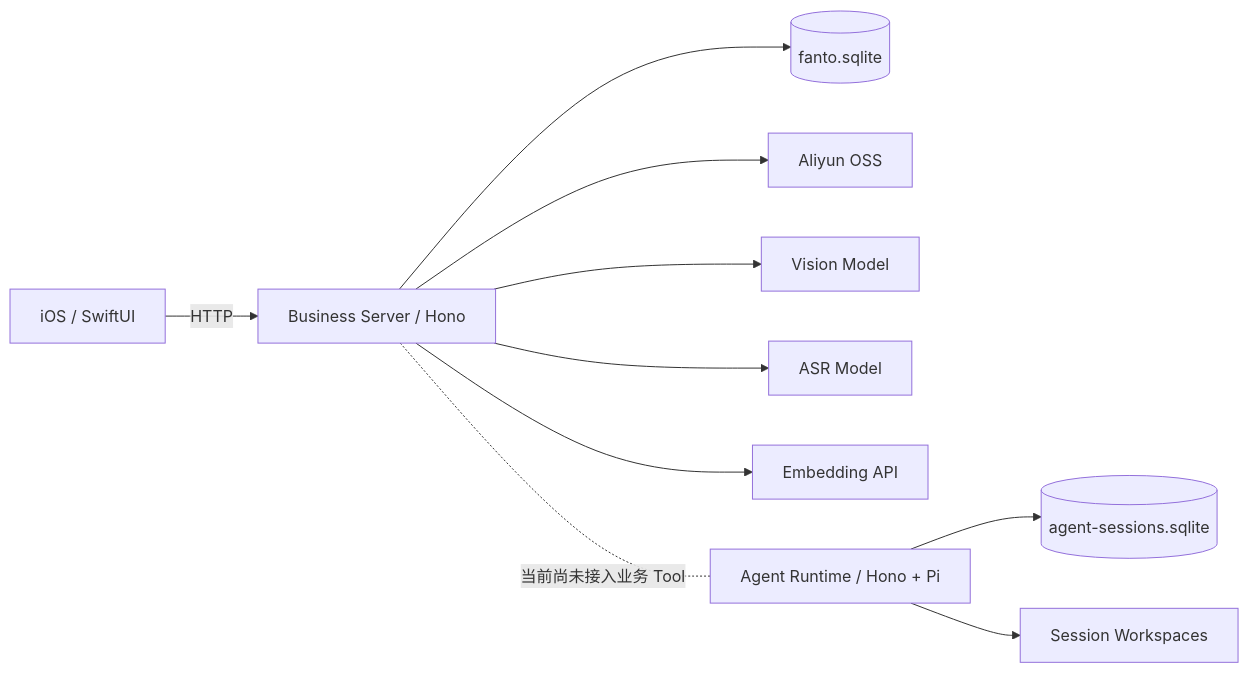
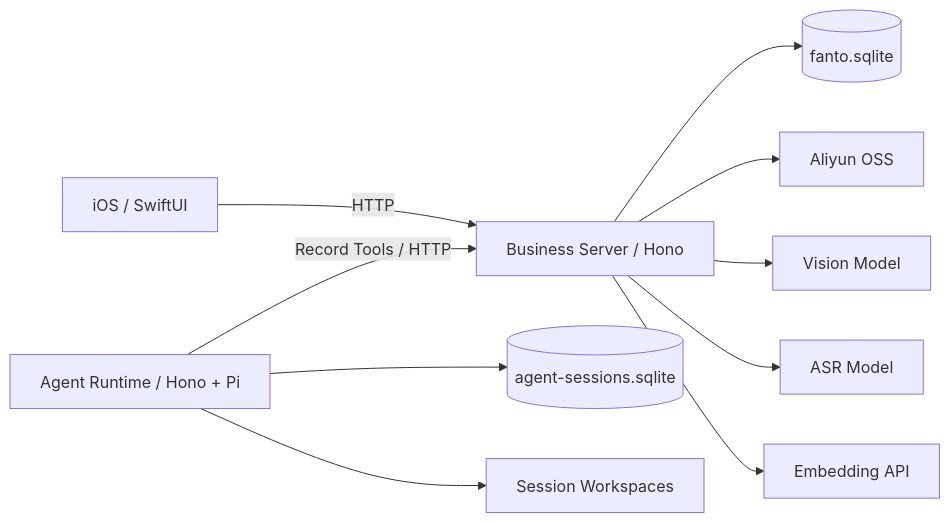
The diagram in docs/architecture/overview.md (huiru-wang/fanto), drawn with Mermaid before and after one commit. The commit also changed other lines of this file and 14 other files, not shown here.

````diff
--- a/docs/architecture/overview.md
+++ b/docs/architecture/overview.md
@@ -5,14 +5,13 @@
 ```mermaid
 flowchart LR
   IOS[iOS / SwiftUI] -->|HTTP| S[Business Server / Hono]
   S --> DB[(fanto.sqlite)]
   S --> OSS[Aliyun OSS]
   S --> VL[Vision Model]
   S --> ASR[ASR Model]
   S --> EMB[Embedding API]
 
   AR[Agent Runtime / Hono + Pi] --> ADB[(agent-sessions.sqlite)]
   AR --> WS[Session Workspaces]
-
-  S -. 当前尚未接入业务 Tool .- AR
+  AR -->|Record Tools / HTTP| S
 ```
````
